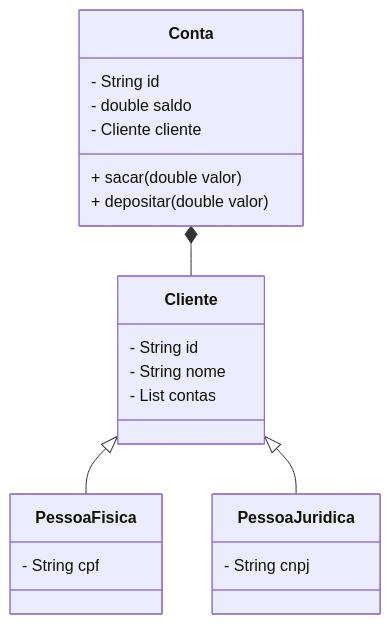
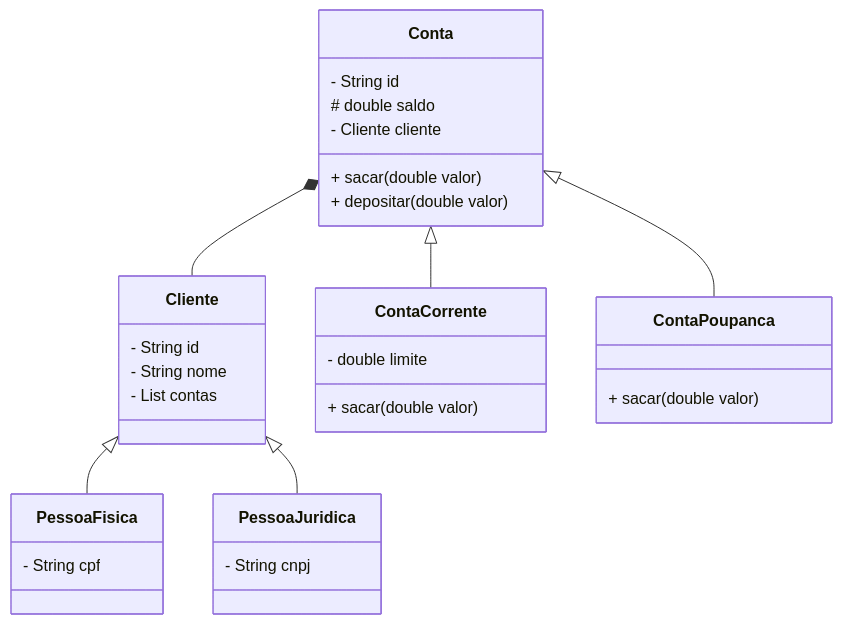
Before and after one commit to snowdutra/Projects_Poo: the second of 2 diagrams in README.md, drawn with Mermaid.

````diff
--- a/README.md
+++ b/README.md
@@ -123,24 +123,33 @@
 ``` mermaid
 classDiagram
     class Conta {
         - String id
-        - double saldo
+        # double saldo
         - Cliente cliente
         + sacar(double valor)
         + depositar(double valor)
     }
     class Cliente {
         - String id
         - String nome
         - List<Conta> contas
     }
     class PessoaFisica {
         - String cpf
     }
     class PessoaJuridica {
         - String cnpj
     }
+    class ContaCorrente {
+        - double limite
+        + sacar(double valor)
+    }
+    class ContaPoupanca {
+        + sacar(double valor)
+    }
     Conta *-- Cliente
+    Conta <|-- ContaCorrente
+    Conta <|-- ContaPoupanca
     Cliente <|-- PessoaFisica
     Cliente <|-- PessoaJuridica
 ```
````
